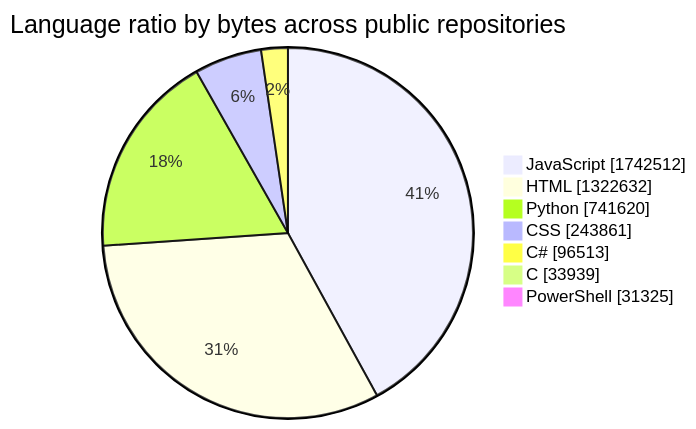
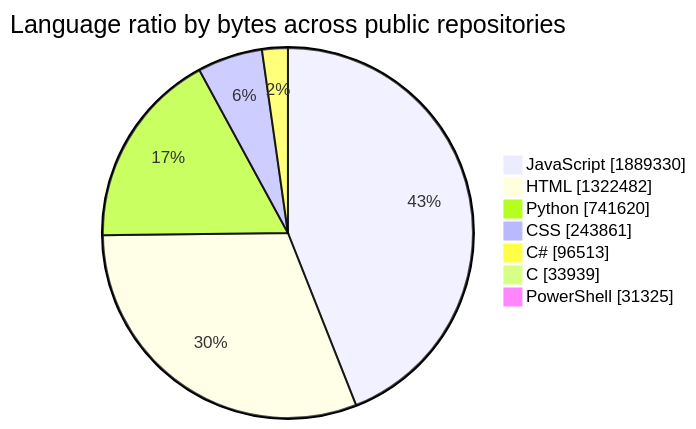
One commit to tchinso/tchinso changed the first of 2 diagrams in README.md. Above: the diagram before and after it, drawn with Mermaid. The commit also changed other lines of this file, not shown here.

````diff
--- a/README.md
+++ b/README.md
@@ -24,11 +24,11 @@
 ```mermaid
 pie showData
     title Language ratio by bytes across public repositories
-    "JavaScript" : 1742512
-    "HTML" : 1322632
+    "JavaScript" : 1889330
+    "HTML" : 1322482
     "Python" : 741620
     "CSS" : 243861
     "C#" : 96513
     "C" : 33939
     "PowerShell" : 31325
 ```
````
